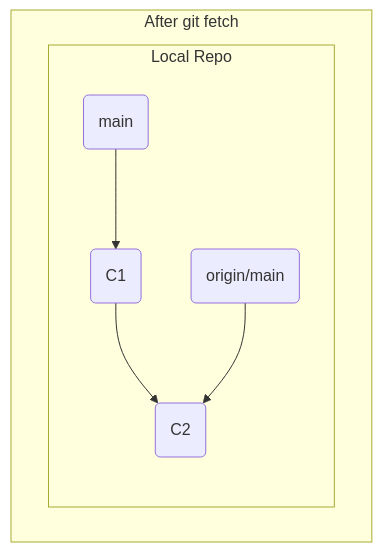
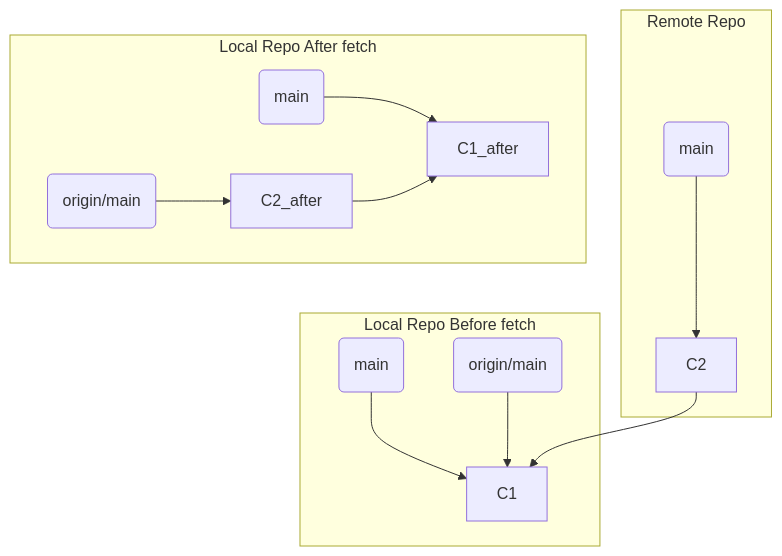
Before and after one commit to engineers-hub-ltd-in-house-project/git-deep-understanding: the diagram in manuscript/part5/chapter27.md, drawn with Mermaid. The commit also changed other lines of this file and 36 other files, not shown here.

````diff
--- a/manuscript/part5/chapter27.md
+++ b/manuscript/part5/chapter27.md
@@ -64,10 +23,15 @@
 ```mermaid
 graph TD
-    subgraph "After git fetch"
-        C1("C1") --> C2("C2")
-        subgraph "Local Repo"
-            Main("main") --> C1
-            OriginMain("origin/main") --> C2
-        end
+    subgraph "Local Repo Before fetch"
+        A("main") --> C1
+        B("origin/main") --> C1
+    end
+    subgraph "Remote Repo"
+        D("main") --> C2 --> C1
+    end
+
+    subgraph "Local Repo After fetch"
+        A_after("main") --> C1_after
+        B_after("origin/main") --> C2_after --> C1_after
     end
 ```
````
